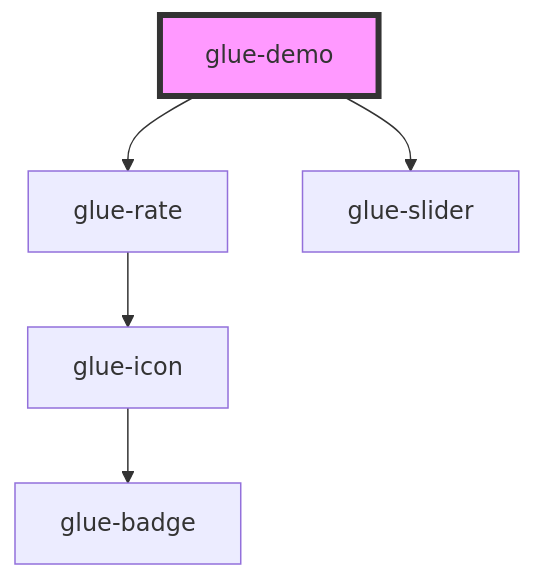
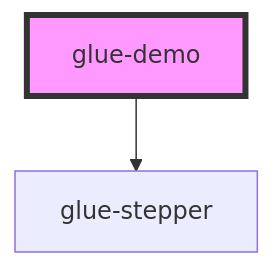
One commit to grasilife/glue changed the diagram in packages/glue-components/src/components/glue-demo/readme.md. Above: the diagram before and after it, drawn with Mermaid. The commit also changed other lines of this file and 13 other files, not shown here.

````diff
--- a/packages/glue-components/src/components/glue-demo/readme.md
+++ b/packages/glue-components/src/components/glue-demo/readme.md
@@ -16,8 +15,5 @@
 ```mermaid
 graph TD;
-  glue-demo --> glue-rate
-  glue-demo --> glue-slider
-  glue-rate --> glue-icon
-  glue-icon --> glue-badge
+  glue-demo --> glue-stepper
   style glue-demo fill:#f9f,stroke:#333,stroke-width:4px
 ```
````
